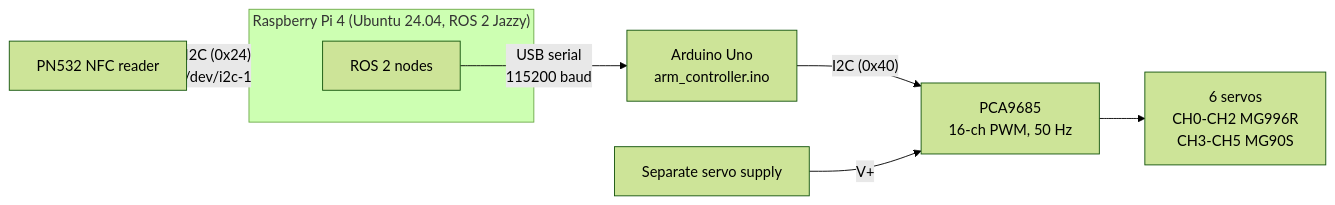
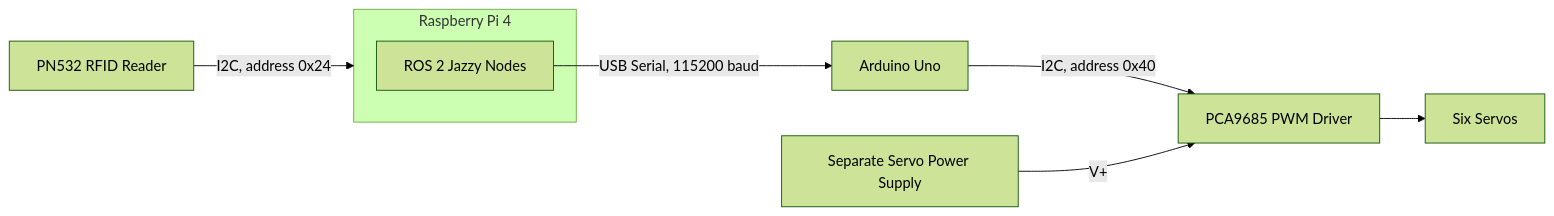
The first of 2 diagrams in README.md (DiyaJabin/autonomous-conveyor-sorting-cell), drawn with Mermaid (forest theme) before and after one commit. The commit also changed other lines of this file, not shown here.

````diff
--- a/README.md
+++ b/README.md
@@ -93,11 +89,12 @@
 ```mermaid
 flowchart LR
-    subgraph Pi["Raspberry Pi 4 (Ubuntu 24.04, ROS 2 Jazzy)"]
-        ROS["ROS 2 nodes"]
+    subgraph Pi["Raspberry Pi 4"]
+        ROS["ROS 2 Jazzy Nodes"]
     end
-    ROS -- "USB serial<br/>115200 baud" --> UNO["Arduino Uno<br/>arm_controller.ino"]
-    UNO -- "I2C (0x40)" --> PCA["PCA9685<br/>16-ch PWM, 50 Hz"]
-    PCA --> SERVOS["6 servos<br/>CH0-CH2 MG996R<br/>CH3-CH5 MG90S"]
-    PSU["Separate servo supply"] -- "V+" --> PCA
-    PN532["PN532 NFC reader"] -- "I2C (0x24)<br/>/dev/i2c-1" --> Pi
+
+    ROS -- "USB Serial, 115200 baud" --> UNO["Arduino Uno"]
+    UNO -- "I2C, address 0x40" --> PCA["PCA9685 PWM Driver"]
+    PCA --> SERVOS["Six Servos"]
+    PSU["Separate Servo Power Supply"] -- "V+" --> PCA
+    PN532["PN532 RFID Reader"] -- "I2C, address 0x24" --> Pi
 ```
````
